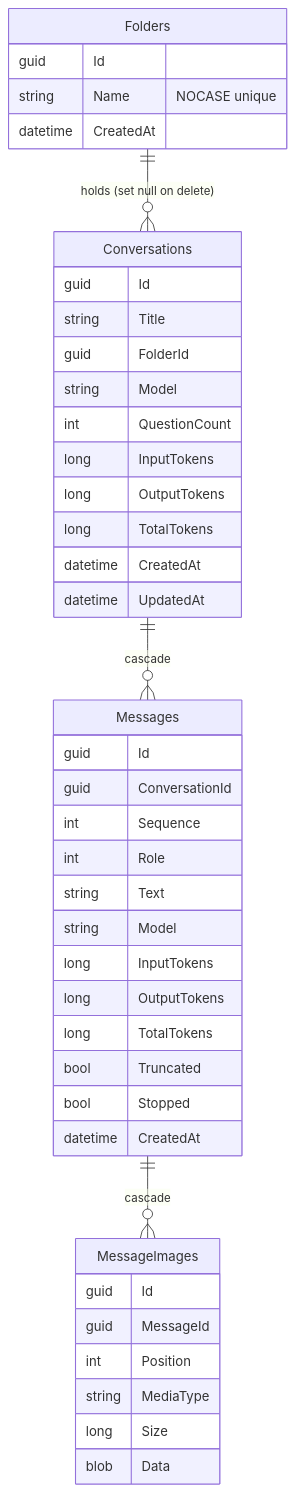
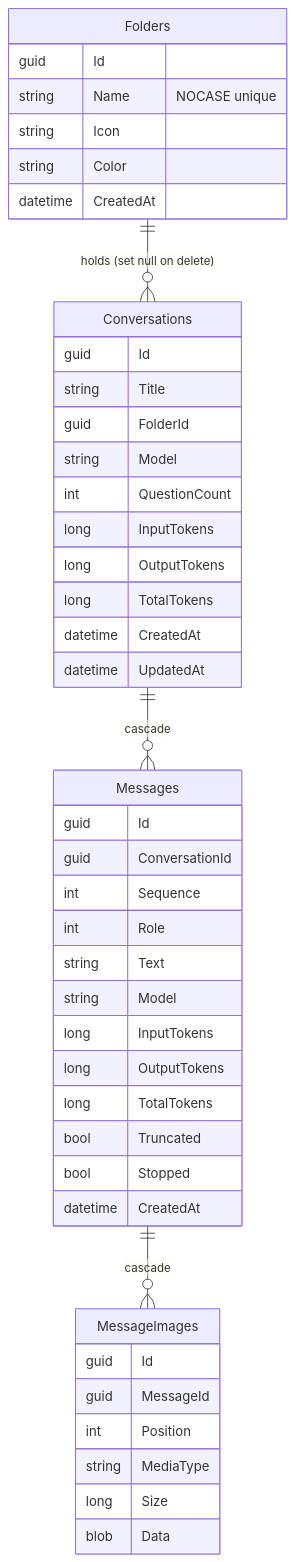
The diagram in docs/specs/feature-saved-chats.md (SamuelHdez/DotNextAI), drawn with Mermaid before and after one commit. The commit also changed other lines of this file and 30 other files, not shown here.

````diff
--- a/docs/specs/feature-saved-chats.md
+++ b/docs/specs/feature-saved-chats.md
@@ -43,10 +46,10 @@
 ```mermaid
 erDiagram
     Folders ||--o{ Conversations : "holds (set null on delete)"
     Conversations ||--o{ Messages : "cascade"
     Messages ||--o{ MessageImages : "cascade"
-    Folders { guid Id string Name "NOCASE unique" datetime CreatedAt }
+    Folders { guid Id string Name "NOCASE unique" string Icon string Color datetime CreatedAt }
     Conversations { guid Id string Title guid FolderId string Model int QuestionCount long InputTokens long OutputTokens long TotalTokens datetime CreatedAt datetime UpdatedAt }
     Messages { guid Id guid ConversationId int Sequence int Role string Text string Model long InputTokens long OutputTokens long TotalTokens bool Truncated bool Stopped datetime CreatedAt }
     MessageImages { guid Id guid MessageId int Position string MediaType long Size blob Data }
 ```
````
